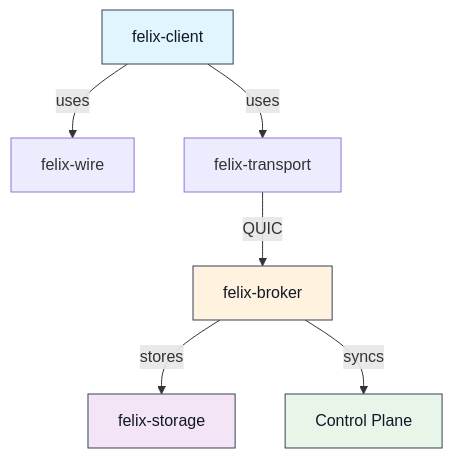
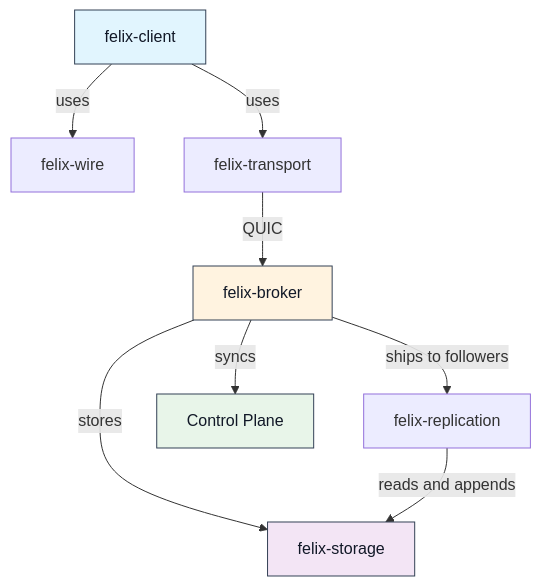
Before and after one commit to GetFelix/felix: the first of 8 diagrams in docs-site/src/content/docs/architecture/components.md, drawn with Mermaid. The commit also changed other lines of this file and 3 other files, not shown here.

````diff
--- a/docs-site/src/content/docs/architecture/components.md
+++ b/docs-site/src/content/docs/architecture/components.md
@@ -17,20 +17,23 @@
 ```mermaid
 graph TB
     Client[felix-client]
     Wire[felix-wire]
     Transport[felix-transport]
     Broker[felix-broker]
     Storage[felix-storage]
+    Replication[felix-replication]
     CONTROLPLANE[Control Plane]
     
     Client -->|uses| Wire
     Client -->|uses| Transport
     Transport -->|QUIC| Broker
     Broker -->|stores| Storage
+    Broker -->|ships to followers| Replication
+    Replication -->|reads and appends| Storage
     Broker -->|syncs| CONTROLPLANE
     
     style Client fill:#e1f5fe,stroke:#334155,color:#111827
     style Broker fill:#fff3e0,stroke:#334155,color:#111827
     style Storage fill:#f3e5f5,stroke:#334155,color:#111827
     style CONTROLPLANE fill:#e8f5e9,stroke:#334155,color:#111827
 ```
````
